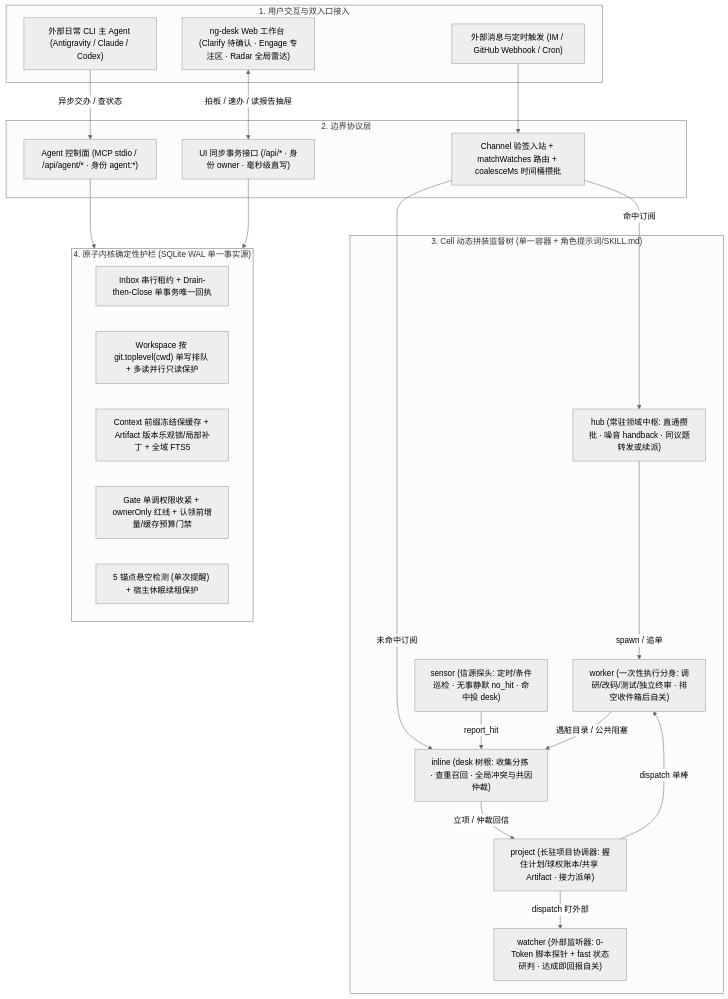
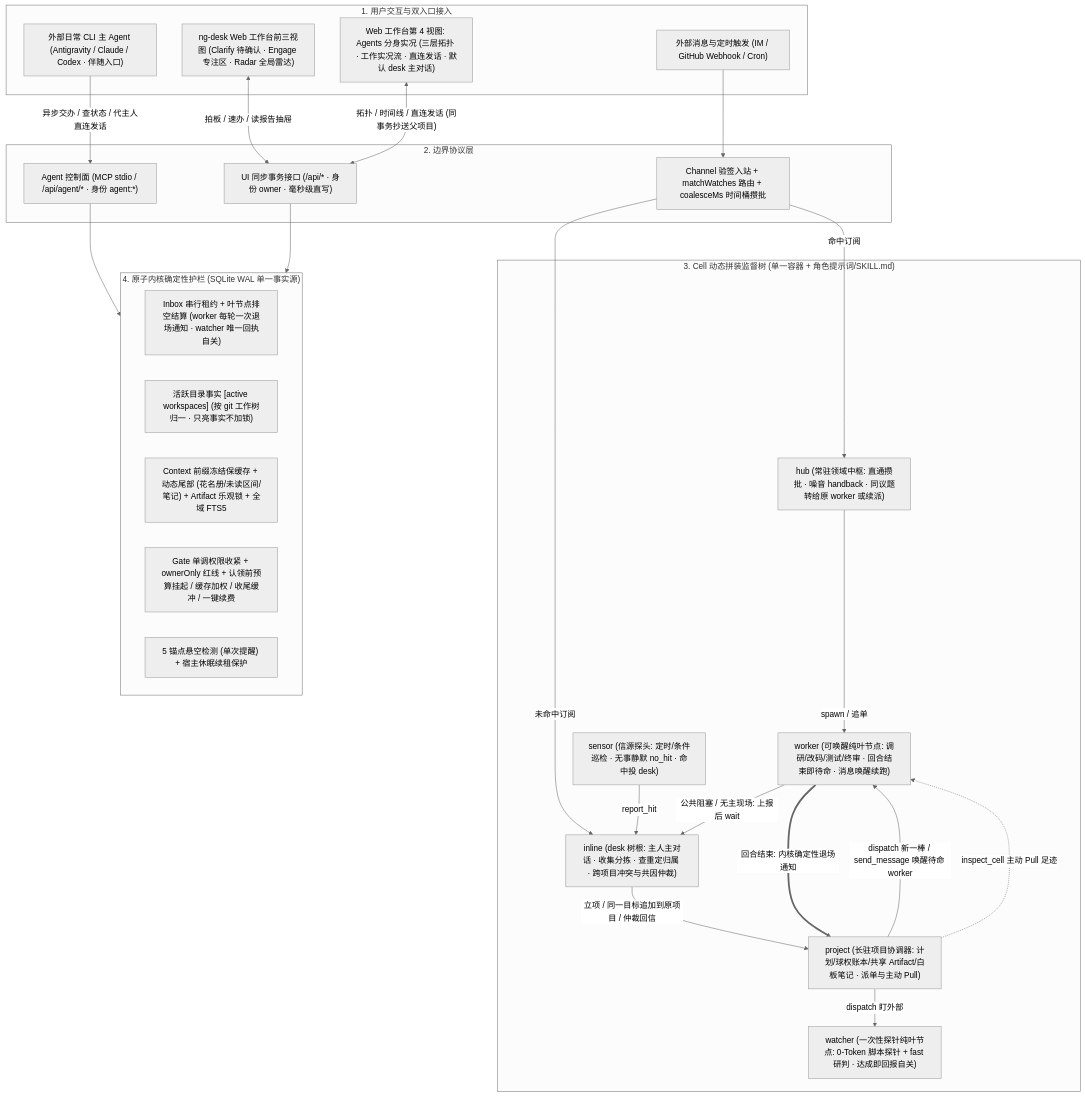
The first of 3 diagrams in docs/02-workflows/00-system-mechanics.md (project-aoi/ng-agents), drawn with Mermaid (neutral theme) before and after one commit. The commit also changed other lines of this file and 188 other files, not shown here.

First line of the commit message:
feat: conversational desk, wakeable workers with pull handoff, Agents view, and the 2026-11-18 bug round

````diff
--- a/docs/02-workflows/00-system-mechanics.md
+++ b/docs/02-workflows/00-system-mechanics.md
@@ -11,45 +11,49 @@
 ```mermaid
 flowchart TB
     subgraph Surface["1. 用户交互与双入口接入"]
-        Chat["外部日常 CLI 主 Agent (Antigravity / Claude / Codex)"]
-        WebUI["ng-desk Web 工作台 (Clarify 待确认 · Engage 专注区 · Radar 全局雷达)"]
+        Chat["外部日常 CLI 主 Agent (Antigravity / Claude / Codex · 伴随入口)"]
+        WebUI["ng-desk Web 工作台前三视图 (Clarify 待确认 · Engage 专注区 · Radar 全局雷达)"]
+        AgentsView["Web 工作台第 4 视图: Agents 分身实况 (三层拓扑 · 工作实况流 · 直连发话 · 默认 desk 主对话)"]
         ExtChan["外部消息与定时触发 (IM / GitHub Webhook / Cron)"]
     end
 
     subgraph Control["2. 边界协议层"]
         MCP["Agent 控制面 (MCP stdio / /api/agent/* · 身份 agent:*)"]
         SyncAPI["UI 同步事务接口 (/api/* · 身份 owner · 毫秒级直写)"]
         Ingress["Channel 验签入站 + matchWatches 路由 + coalesceMs 时间桶攒批"]
     end
 
     subgraph Cells["3. Cell 动态拼装监督树 (单一容器 + 角色提示词/SKILL.md)"]
-        Desk["inline (desk 树根: 收集分拣 · 查重召回 · 全局冲突与共因仲裁)"]
+        Desk["inline (desk 树根: 主人主对话 · 收集分拣 · 查重定归属 · 跨项目冲突与共因仲裁)"]
         Sensor["sensor (信源探头: 定时/条件巡检 · 无事静默 no_hit · 命中投 desk)"]
-        Hub["hub (常驻领域中枢: 直通攒批 · 噪音 handback · 同议题转发或续派)"]
-        Proj["project (长驻项目协调器: 握住计划/球权账本/共享 Artifact · 接力派单)"]
-        Worker["worker (一次性执行分身: 调研/改码/测试/独立终审 · 排空收件箱后自关)"]
-        Watcher["watcher (外部监听器: 0-Token 脚本探针 + fast 状态研判 · 达成即回报自关)"]
+        Hub["hub (常驻领域中枢: 直通攒批 · 噪音 handback · 同议题转给原 worker 或续派)"]
+        Proj["project (长驻项目协调器: 计划/球权账本/共享 Artifact/白板笔记 · 派单与主动 Pull)"]
+        Worker["worker (可唤醒纯叶节点: 调研/改码/测试/终审 · 回合结束即待命 · 消息唤醒续跑)"]
+        Watcher["watcher (一次性探针纯叶节点: 0-Token 脚本探针 + fast 研判 · 达成即回报自关)"]
     end
 
     subgraph Kernel["4. 原子内核确定性护栏 (SQLite WAL 单一事实源)"]
-        G1["Inbox 串行租约 + Drain-then-Close 单事务唯一回执"]
-        G2["Workspace 按 git.toplevel(cwd) 单写排队 + 多读并行只读保护"]
-        G3["Context 前缀冻结保缓存 + Artifact 版本乐观锁/局部补丁 + 全域 FTS5"]
-        G4["Gate 单调权限收紧 + ownerOnly 红线 + 认领前增量/缓存预算门禁"]
+        G1["Inbox 串行租约 + 叶节点排空结算 (worker 每轮一次退场通知 · watcher 唯一回执自关)"]
+        G2["活跃目录事实 [active workspaces] (按 git 工作树归一 · 只亮事实不加锁)"]
+        G3["Context 前缀冻结保缓存 + 动态尾部 (花名册/未读区间/笔记) + Artifact 乐观锁 + 全域 FTS5"]
+        G4["Gate 单调权限收紧 + ownerOnly 红线 + 认领前预算挂起 / 缓存加权 / 收尾缓冲 / 一键续费"]
         G5["5 锚点悬空检测 (单次提醒) + 宿主休眠续租保护"]
     end
 
-    Chat -->|"异步交办 / 查状态"| MCP
+    Chat -->|"异步交办 / 查状态 / 代主人直连发话"| MCP
     WebUI <-->|"拍板 / 速办 / 读报告抽屉"| SyncAPI
+    AgentsView <-->|"拓扑 / 时间线 / 直连发话 (同事务抄送父项目)"| SyncAPI
     ExtChan --> Ingress
     MCP --> Kernel
     SyncAPI --> Kernel
     Ingress -->|"命中订阅"| Hub
     Ingress -->|"未命中订阅"| Desk
     Sensor -->|"report_hit"| Desk
-    Desk -->|"立项 / 仲裁回信"| Proj
-    Proj -->|"dispatch 单棒"| Worker
+    Desk -->|"立项 / 同一目标追加到原项目 / 仲裁回信"| Proj
+    Proj -->|"dispatch 新一棒 / send_message 唤醒待命 worker"| Worker
     Proj -->|"dispatch 盯外部"| Watcher
     Hub -->|"spawn / 追单"| Worker
-    Worker -->|"遇脏目录 / 公共阻塞"| Desk
+    Worker ==>|"回合结束: 内核确定性退场通知"| Proj
+    Proj -.->|"inspect_cell 主动 Pull 足迹"| Worker
+    Worker -->|"公共阻塞 / 无主现场: 上报后 wait"| Desk
 ```
````
